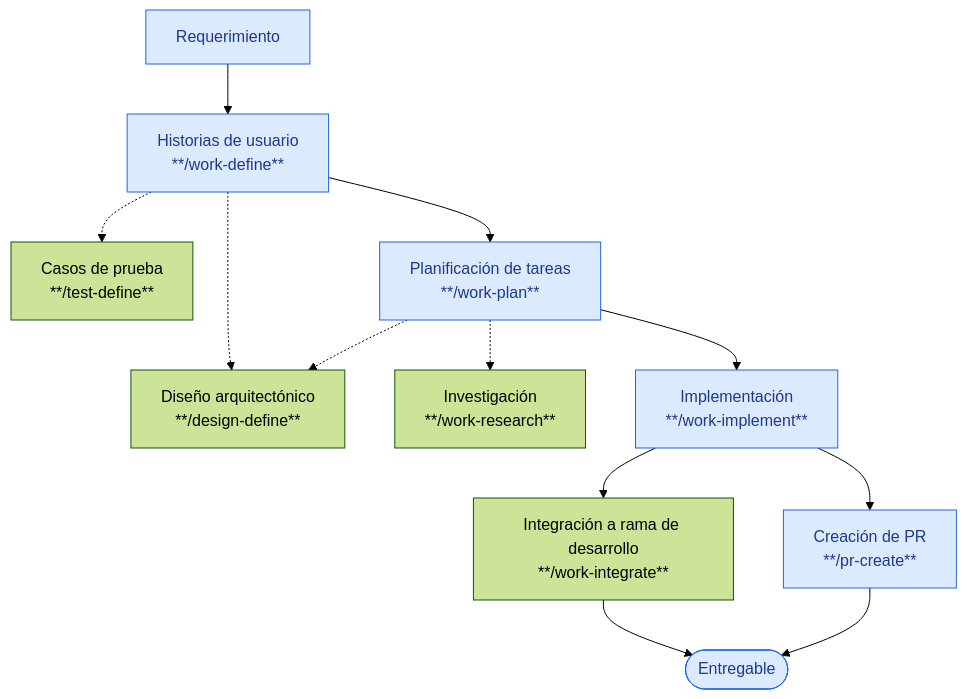
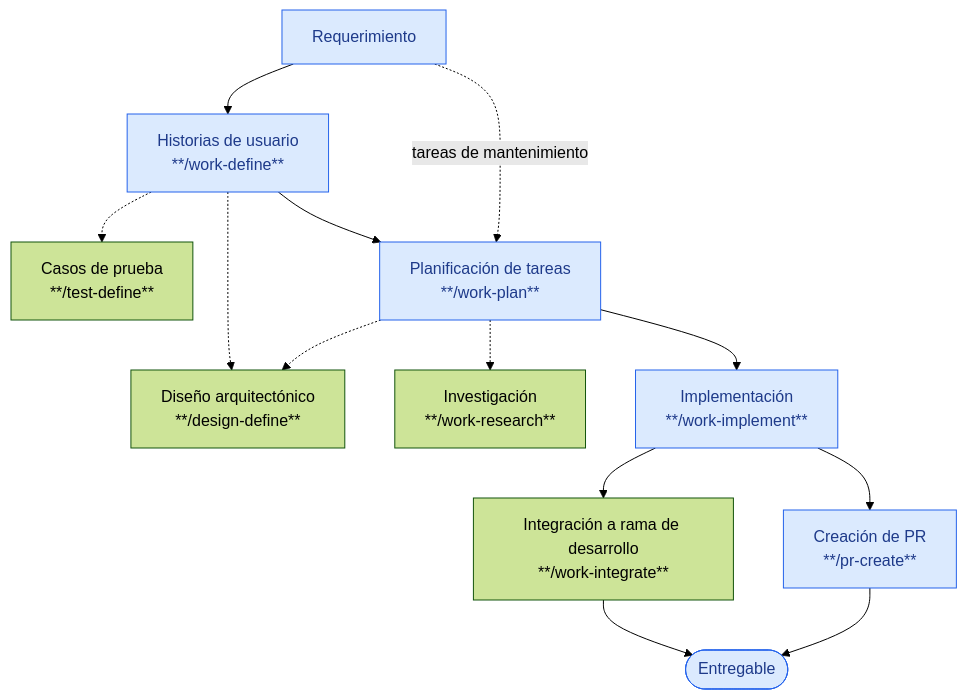
One commit to juanca202/ai changed the second of 2 diagrams in README.md. Above: the diagram before and after it, drawn with Mermaid (forest theme). The commit also changed other lines of this file and 21 other files, not shown here.

````diff
--- a/README.md
+++ b/README.md
@@ -100,17 +100,18 @@
 ```mermaid
 flowchart TD
     A[Requerimiento] --> B["Historias de usuario<br/>**/work-define**"]
     B -.-> C["Casos de prueba<br/>**/test-define**"]
     B -.-> D["Diseño arquitectónico<br/>**/design-define**"]
     B --> E["Planificación de tareas<br/>**/work-plan**"]
+    A -.->|tareas de mantenimiento| E
     E -.-> F["Investigación<br/>**/work-research**"]
     E -.-> D
     E --> G["Implementación<br/>**/work-implement**"]
     G --> H["Integración a rama de desarrollo<br/>**/work-integrate**"]
     G --> I["Creación de PR<br/>**/pr-create**"]
     H --> J(["Entregable"])
     I --> J
 
     classDef main fill:#dbeafe,stroke:#2563eb,color:#1e3a8a
     class A,B,E,G,I,J main
 ```
````
